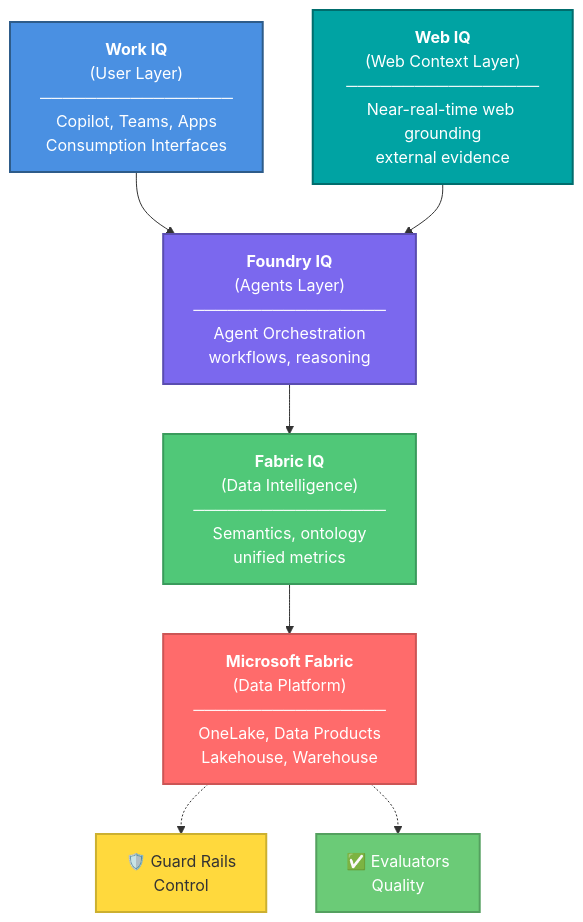
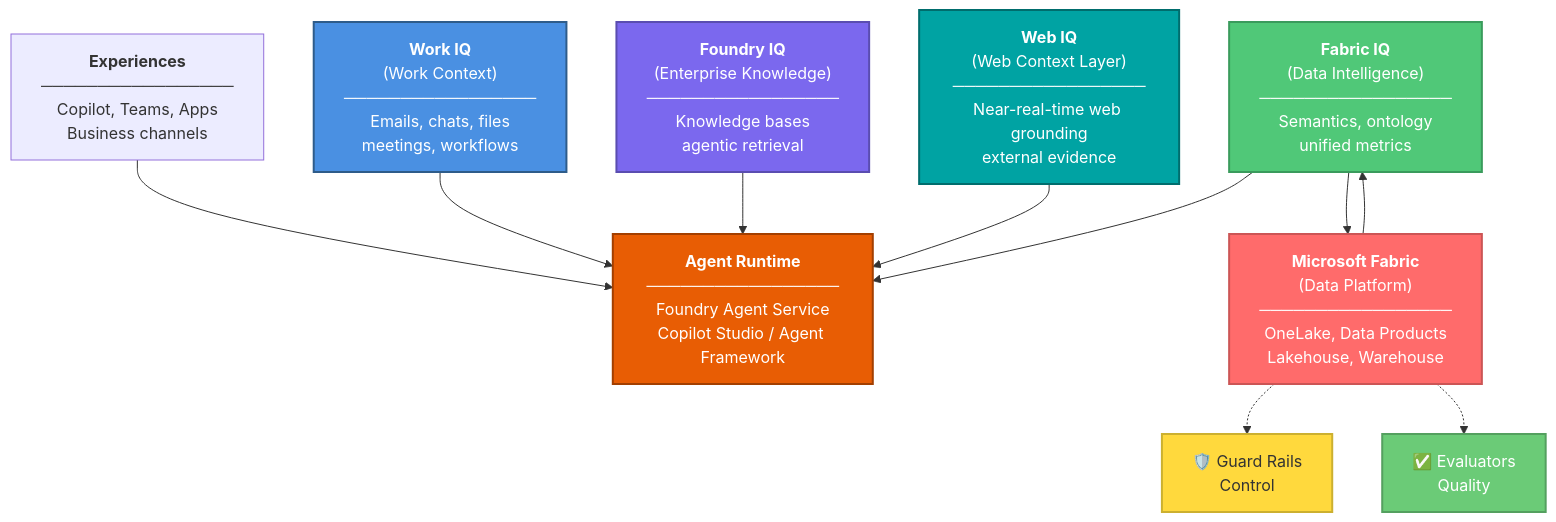
Before and after one commit to fabioharams/hubsp-ai-skill: the first of 19 diagrams in references/02-reference-architecture-layers.md, drawn with Mermaid. The commit also changed other lines of this file and 19 other files, not shown here.

````diff
--- a/references/02-reference-architecture-layers.md
+++ b/references/02-reference-architecture-layers.md
@@ -5,27 +5,33 @@
 ```mermaid
 graph TD
-    A["<b>Work IQ</b><br/>(User Layer)<br/>─────────────────<br/>Copilot, Teams, Apps<br/>Consumption Interfaces"] 
-    B["<b>Foundry IQ</b><br/>(Agents Layer)<br/>─────────────────<br/>Agent Orchestration<br/>workflows, reasoning"]
+    X["<b>Experiences</b><br/>─────────────────<br/>Copilot, Teams, Apps<br/>Business channels"]
+    A["<b>Work IQ</b><br/>(Work Context)<br/>─────────────────<br/>Emails, chats, files<br/>meetings, workflows"]
+    B["<b>Foundry IQ</b><br/>(Enterprise Knowledge)<br/>─────────────────<br/>Knowledge bases<br/>agentic retrieval"]
     C["<b>Fabric IQ</b><br/>(Data Intelligence)<br/>─────────────────<br/>Semantics, ontology<br/>unified metrics"]
     W["<b>Web IQ</b><br/>(Web Context Layer)<br/>─────────────────<br/>Near-real-time web grounding<br/>external evidence"]
+    R["<b>Agent Runtime</b><br/>─────────────────<br/>Foundry Agent Service<br/>Copilot Studio / Agent Framework"]
     D["<b>Microsoft Fabric</b><br/>(Data Platform)<br/>─────────────────<br/>OneLake, Data Products<br/>Lakehouse, Warehouse"]
     
     E["🛡️ Guard Rails<br/>Control"]
     F["✅ Evaluators<br/>Quality"]
     
-    A --> B
-    B --> C
+    X --> R
+    A --> R
+    B --> R
+    C --> R
+    W --> R
     C --> D
-    W --> B
+    D --> C
     
     D -.-> E
     D -.-> F
     
     style A fill:#4A90E2,stroke:#2E5C8A,color:#fff,stroke-width:2px
     style B fill:#7B68EE,stroke:#5A4DB0,color:#fff,stroke-width:2px
     style C fill:#50C878,stroke:#3A9B5C,color:#fff,stroke-width:2px
     style W fill:#00A3A3,stroke:#006D6D,color:#fff,stroke-width:2px
+    style R fill:#E85D04,stroke:#A33F00,color:#fff,stroke-width:2px
     style D fill:#FF6B6B,stroke:#CC5555,color:#fff,stroke-width:2px
     style E fill:#FFD93D,stroke:#CCB030,color:#333,stroke-width:2px
     style F fill:#6BCB77,stroke:#54A05F,color:#fff,stroke-width:2px
 ```
````
